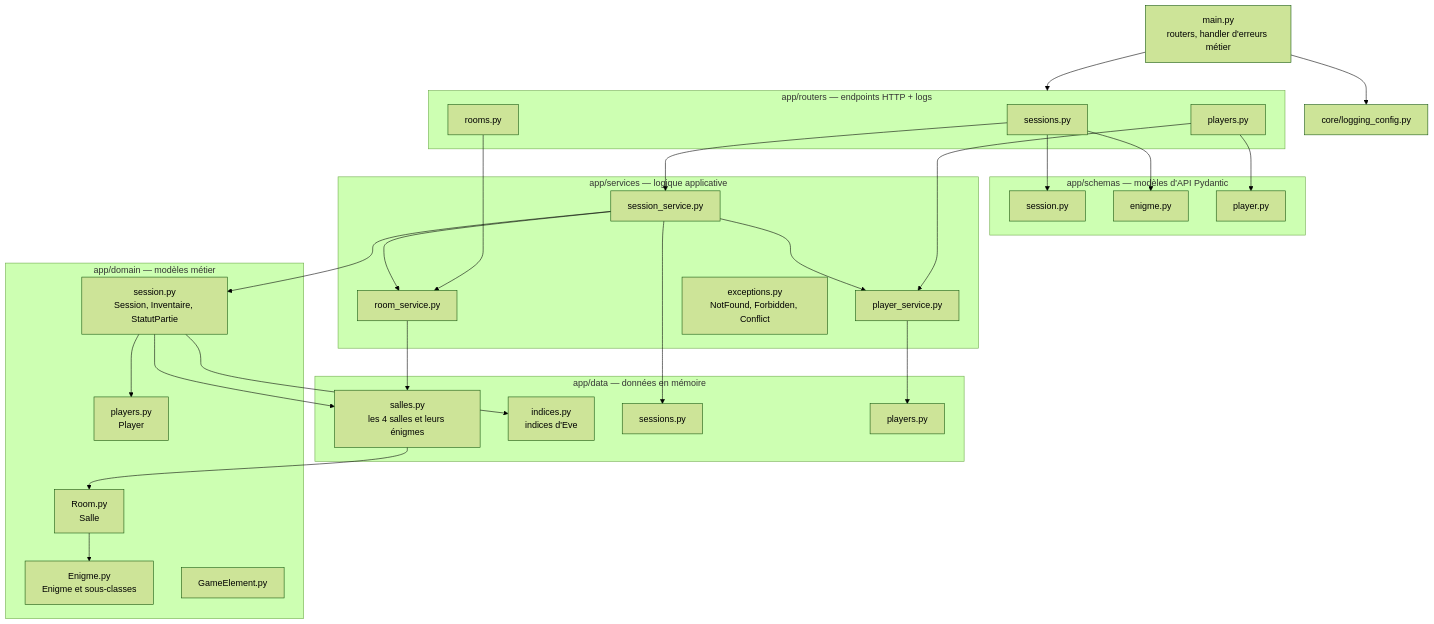
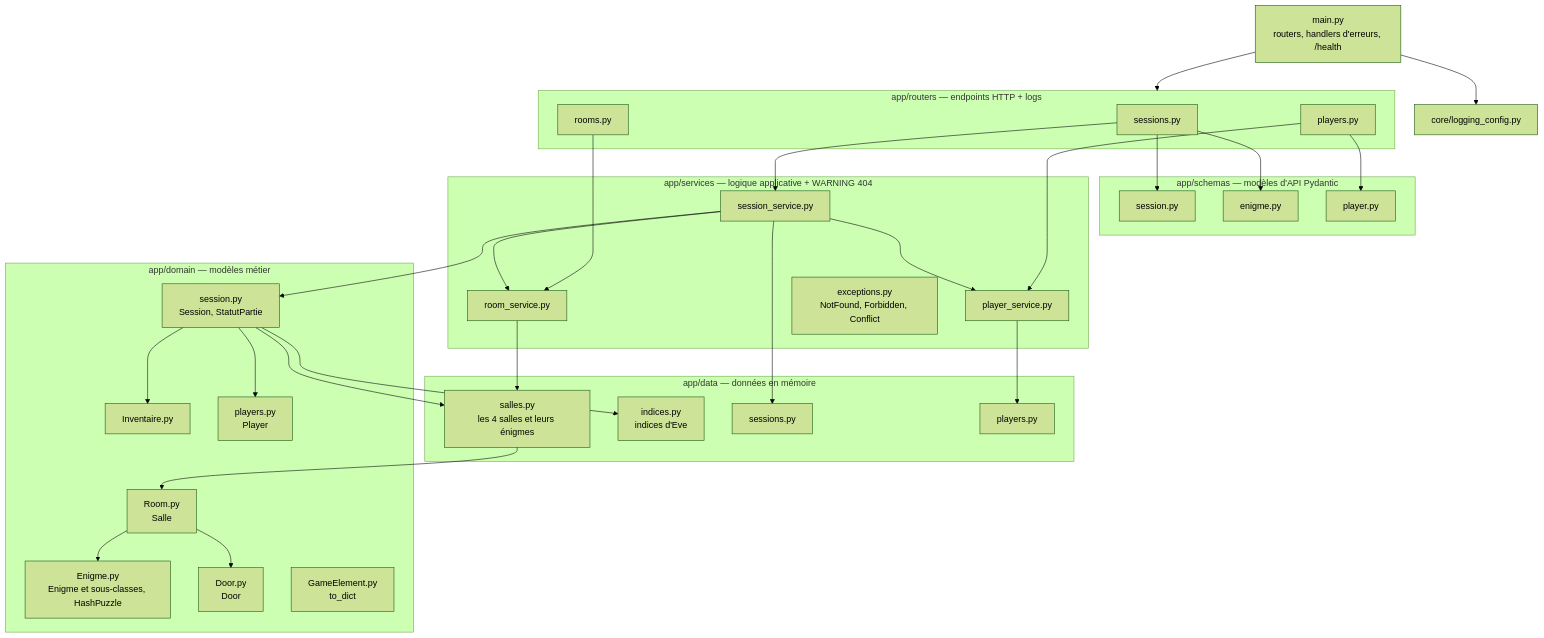
The third of 4 diagrams in R00t_Override/docs/architecture.md (Benjylem/Python-FastAPI), drawn with Mermaid (forest theme) before and after one commit. The commit also changed other lines of this file and 2 other files, not shown here.

First line of the commit message:
[FIX] doc alignée sur le code : Door, HashPuzzle, /health, logs complets, validation

````diff
--- a/R00t_Override/docs/architecture.md
+++ b/R00t_Override/docs/architecture.md
@@ -74,54 +78,58 @@
 ```mermaid
 flowchart TD
-    MAIN[main.py<br/>routers, handler d'erreurs métier]
+    MAIN[main.py<br/>routers, handlers d'erreurs, /health]
     CORE[core/logging_config.py]
     subgraph ROUTERS["app/routers — endpoints HTTP + logs"]
         R1[sessions.py]
         R2[rooms.py]
         R3[players.py]
     end
     subgraph SCHEMAS["app/schemas — modèles d'API Pydantic"]
         SC1[session.py]
         SC2[enigme.py]
         SC3[player.py]
     end
-    subgraph SERVICES["app/services — logique applicative"]
+    subgraph SERVICES["app/services — logique applicative + WARNING 404"]
         SV1[session_service.py]
         SV2[player_service.py]
         SV3[room_service.py]
         SV4[exceptions.py<br/>NotFound, Forbidden, Conflict]
     end
     subgraph DOMAIN["app/domain — modèles métier"]
-        D1[session.py<br/>Session, Inventaire, StatutPartie]
-        D2[Enigme.py<br/>Enigme et sous-classes]
+        D1[session.py<br/>Session, StatutPartie]
+        D6[Inventaire.py]
+        D2[Enigme.py<br/>Enigme et sous-classes, HashPuzzle]
         D3[Room.py<br/>Salle]
+        D7[Door.py<br/>Door]
         D4[players.py<br/>Player]
-        D5[GameElement.py]
+        D5[GameElement.py<br/>to_dict]
     end
     subgraph DATA["app/data — données en mémoire"]
         DA1[salles.py<br/>les 4 salles et leurs énigmes]
         DA2[indices.py<br/>indices d'Eve]
         DA3[sessions.py]
         DA4[players.py]
     end
 
     MAIN --> ROUTERS
     MAIN --> CORE
     R1 --> SC1
     R1 --> SC2
     R3 --> SC3
     R1 --> SV1
     R2 --> SV3
     R3 --> SV2
     SV1 --> SV2
     SV1 --> SV3
     SV1 --> D1
     SV1 --> DA3
     SV2 --> DA4
     SV3 --> DA1
     D1 --> DA1
     D1 --> DA2
     D1 --> D4
+    D1 --> D6
     D3 --> D2
+    D3 --> D7
     DA1 --> D3
 ```
````
